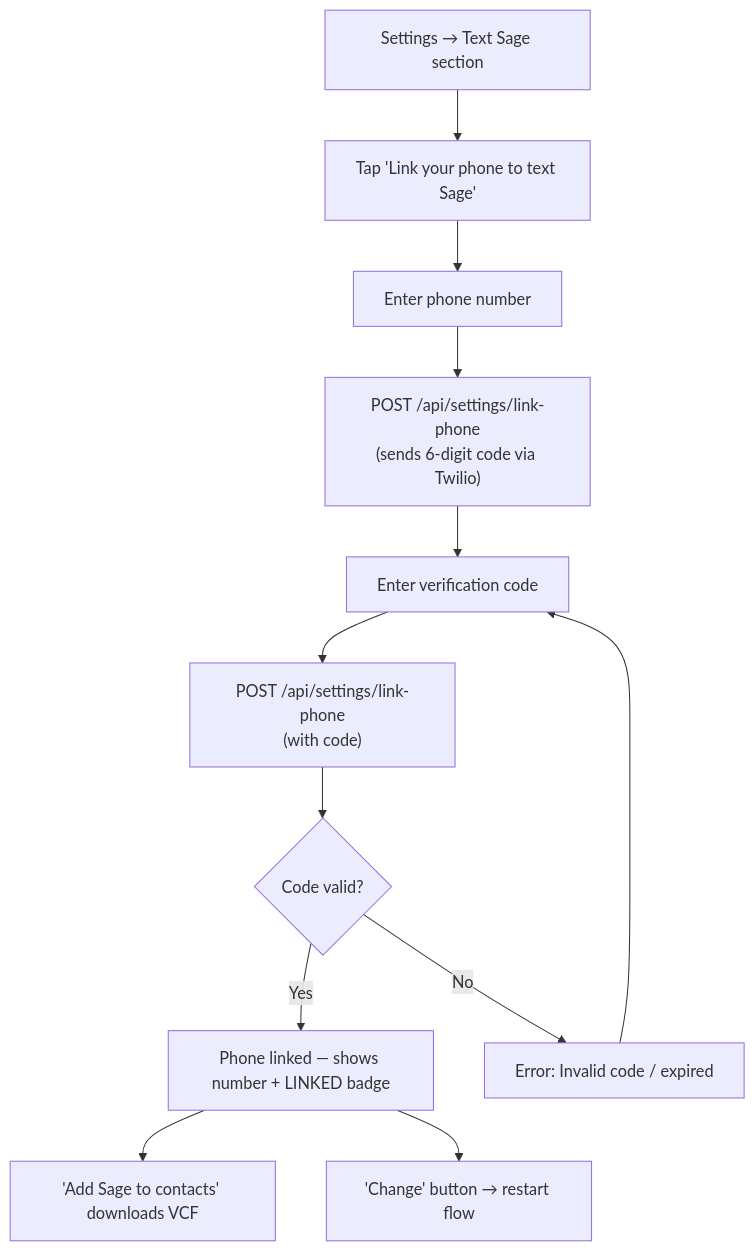
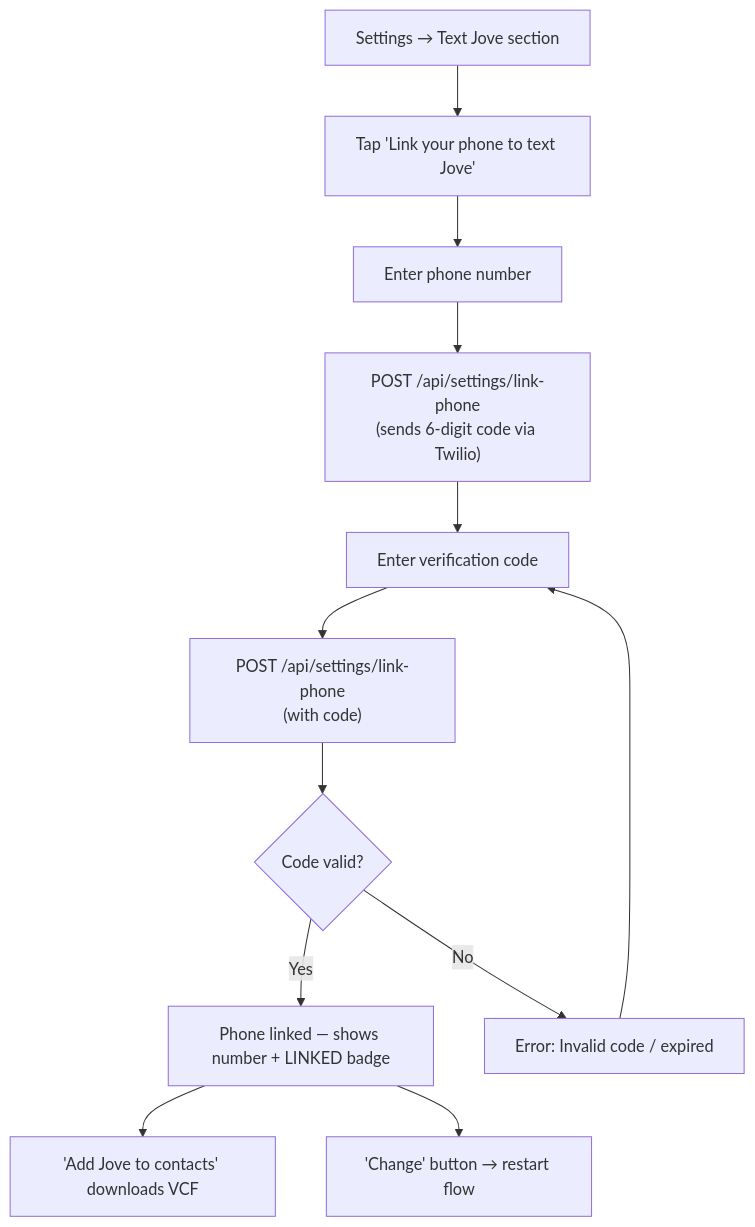
Before and after one commit to h2onation/mantle: the sixth of 7 diagrams in .claude/diagrams/user-flows.md, drawn with Mermaid. The commit also changed other lines of this file and 16 other files, not shown here.

````diff
--- a/.claude/diagrams/user-flows.md
+++ b/.claude/diagrams/user-flows.md
@@ -80,14 +80,14 @@
 ```mermaid
 flowchart TD
-    A["Settings → Text Sage section"] --> B["Tap 'Link your phone to text Sage'"]
+    A["Settings → Text Jove section"] --> B["Tap 'Link your phone to text Jove'"]
     B --> C["Enter phone number"]
     C --> D["POST /api/settings/link-phone<br/>(sends 6-digit code via Twilio)"]
     D --> E["Enter verification code"]
     E --> F["POST /api/settings/link-phone<br/>(with code)"]
     F --> G{Code valid?}
     G -- Yes --> H["Phone linked — shows number + LINKED badge"]
-    H --> I["'Add Sage to contacts' downloads VCF"]
+    H --> I["'Add Jove to contacts' downloads VCF"]
     H --> J["'Change' button → restart flow"]
     G -- No --> K["Error: Invalid code / expired"]
     K --> E
 ```
````
